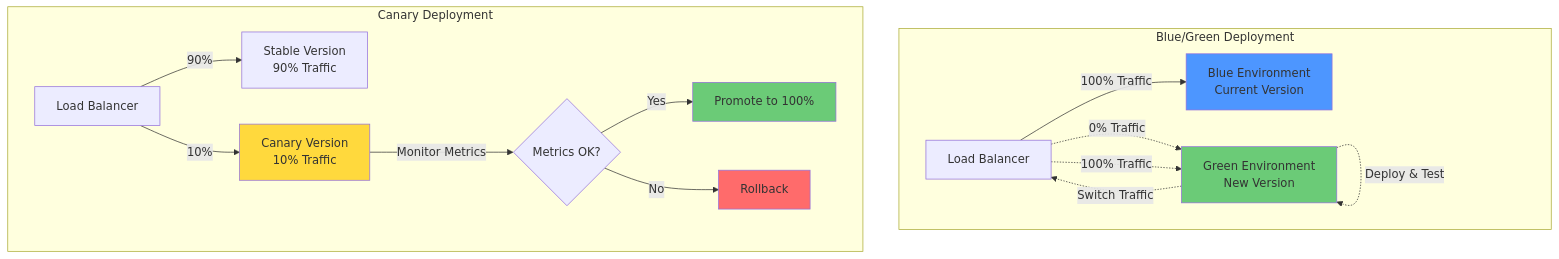
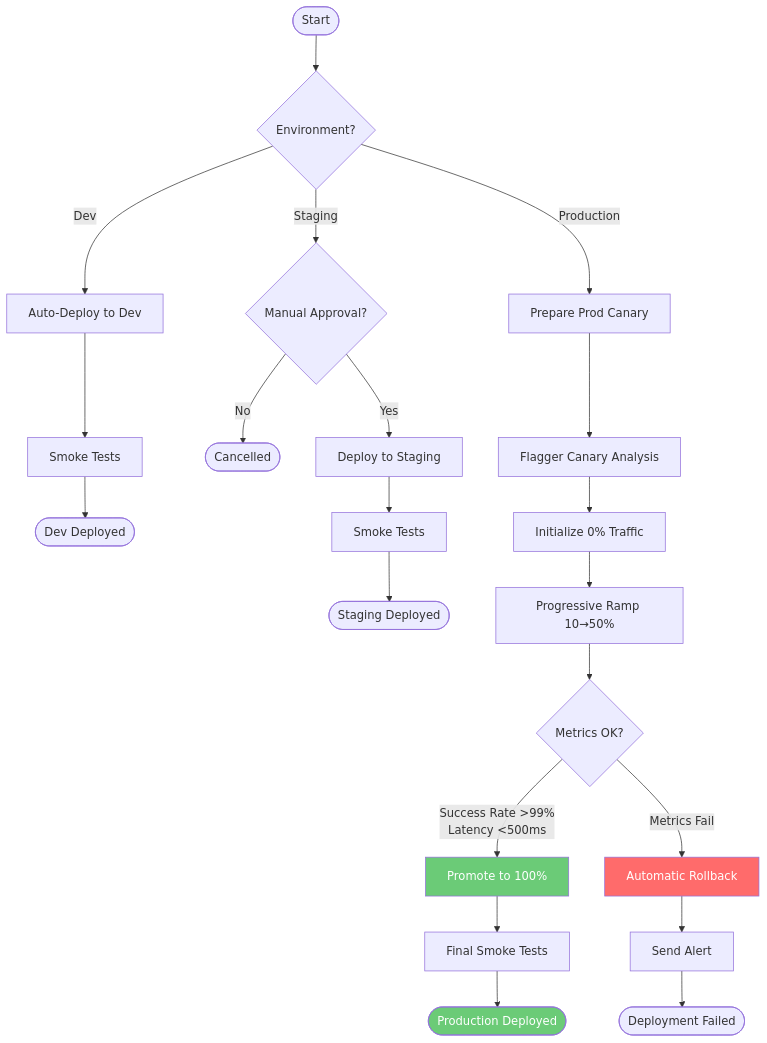
One commit to Derek-miranda/DocuThinker-AI changed the fifth of 9 diagrams in DEVOPS.md. Above: the diagram before and after it, drawn with Mermaid. The commit also changed other lines of this file and 36 other files, not shown here.

````diff
--- a/DEVOPS.md
+++ b/DEVOPS.md
@@ -267,32 +547,35 @@
 ```mermaid
-graph TB
-    subgraph "Blue/Green Deployment"
-        LB1[Load Balancer]
-        BLUE1[Blue Environment<br/>Current Version]
-        GREEN1[Green Environment<br/>New Version]
+flowchart TD
+    START([Start]) --> ENV{Environment?}
 
-        LB1 -->|100% Traffic| BLUE1
-        LB1 -.->|0% Traffic| GREEN1
-        GREEN1 -.->|Deploy & Test| GREEN1
-        GREEN1 -.->|Switch Traffic| LB1
-        LB1 -.->|100% Traffic| GREEN1
-    end
+    ENV -->|Dev| DEV_DEPLOY[Auto-Deploy to Dev]
+    ENV -->|Staging| STG_APPROVAL{Manual Approval?}
+    ENV -->|Production| PROD_PREP[Prepare Prod Canary]
 
-    subgraph "Canary Deployment"
-        LB2[Load Balancer]
-        STABLE[Stable Version<br/>90% Traffic]
-        CANARY[Canary Version<br/>10% Traffic]
+    STG_APPROVAL -->|Yes| STG_DEPLOY[Deploy to Staging]
+    STG_APPROVAL -->|No| CANCEL([Cancelled])
 
-        LB2 -->|90%| STABLE
-        LB2 -->|10%| CANARY
-        CANARY -->|Monitor Metrics| DECISION{Metrics OK?}
-        DECISION -->|Yes| PROMOTE[Promote to 100%]
-        DECISION -->|No| ROLLBACK[Rollback]
-    end
+    DEV_DEPLOY --> SMOKE_DEV[Smoke Tests]
+    SMOKE_DEV --> SUCCESS_DEV([Dev Deployed])
 
-    style BLUE1 fill:#4D96FF
-    style GREEN1 fill:#6BCB77
-    style CANARY fill:#FFD93D
-    style PROMOTE fill:#6BCB77
-    style ROLLBACK fill:#FF6B6B
+    STG_DEPLOY --> SMOKE_STG[Smoke Tests]
+    SMOKE_STG --> SUCCESS_STG([Staging Deployed])
+
+    PROD_PREP --> FLAGGER[Flagger Canary Analysis]
+    FLAGGER --> CANARY_INIT[Initialize 0% Traffic]
+    CANARY_INIT --> RAMP[Progressive Ramp 10→50%]
+
+    RAMP --> ANALYSIS{Metrics OK?}
+    ANALYSIS -->|Success Rate >99%<br/>Latency <500ms| PROMOTE[Promote to 100%]
+    ANALYSIS -->|Metrics Fail| AUTO_RB[Automatic Rollback]
+
+    PROMOTE --> FINAL_SMOKE[Final Smoke Tests]
+    AUTO_RB --> ALERT[Send Alert]
+
+    FINAL_SMOKE --> SUCCESS_PROD([Production Deployed])
+    ALERT --> FAIL([Deployment Failed])
+
+    style PROMOTE fill:#6BCB77,color:#fff
+    style AUTO_RB fill:#FF6B6B,color:#fff
+    style SUCCESS_PROD fill:#6BCB77,color:#fff
 ```
````
